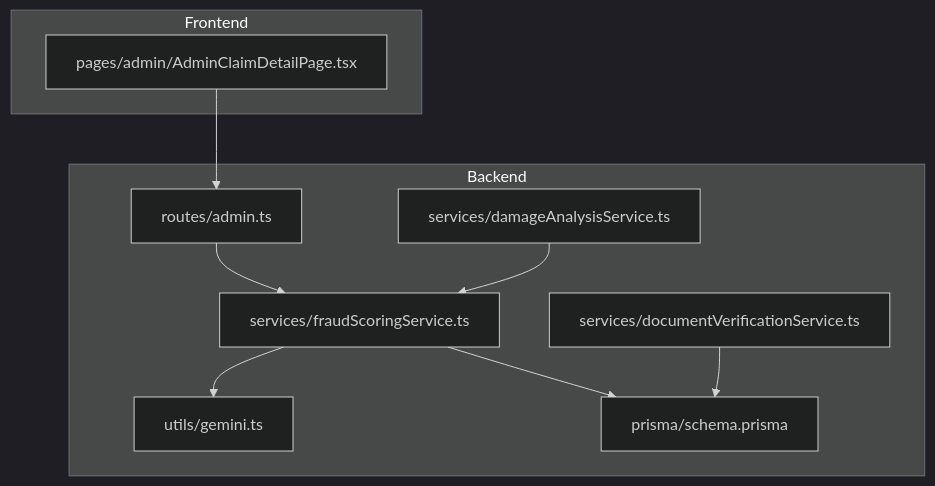
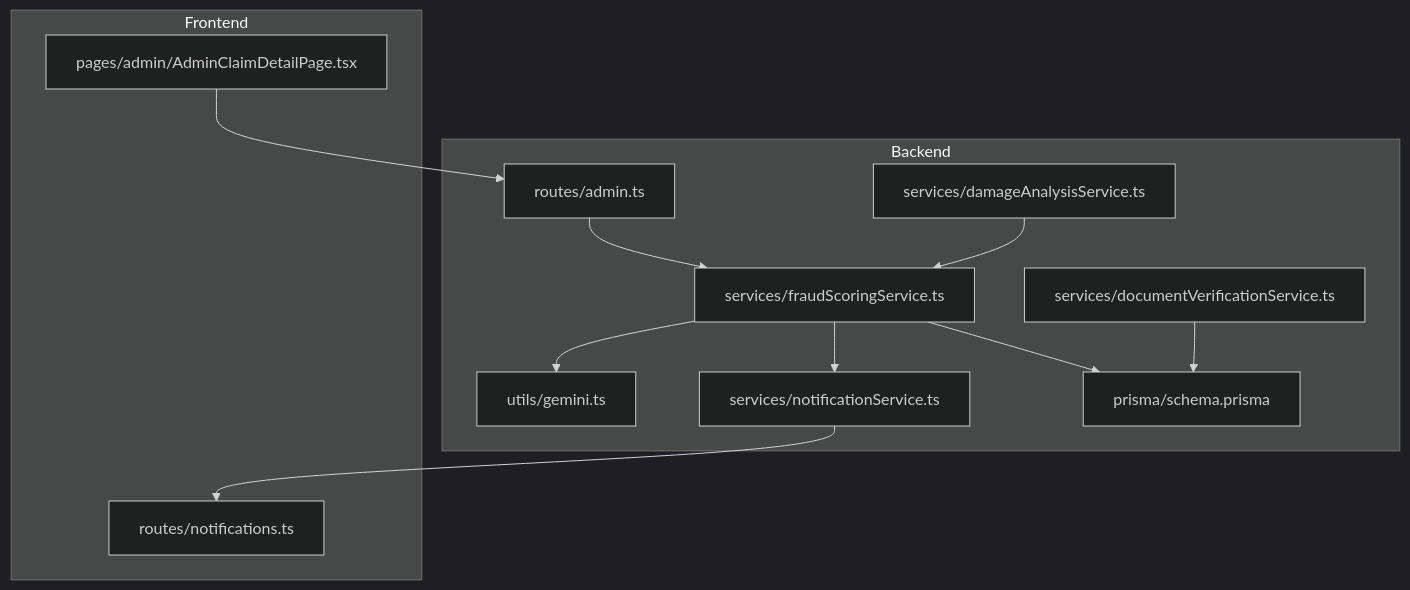
The first of 12 diagrams in .qoder/repowiki/en/content/Backend Documentation/Business Logic & Services/AI-Powered Fraud Scoring Engine.md (NaveenHiranya/Smart-Vehicle-Insurance-Claim-System), drawn with Mermaid (dark theme) before and after one commit. The commit also changed other lines of this file and 46 other files, not shown here.

````diff
--- a/.qoder/repowiki/en/content/Backend Documentation/Business Logic & Services/AI-Powered Fraud Scoring Engine.md
+++ b/.qoder/repowiki/en/content/Backend Documentation/Business Logic & Services/AI-Powered Fraud Scoring Engine.md
@@ -37,20 +49,24 @@
 ```mermaid
 graph TB
 subgraph "Backend"
 A["routes/admin.ts"]
 B["services/fraudScoringService.ts"]
 C["utils/gemini.ts"]
 D["services/damageAnalysisService.ts"]
 E["services/documentVerificationService.ts"]
-F["prisma/schema.prisma"]
+F["services/notificationService.ts"]
+G["prisma/schema.prisma"]
 end
 subgraph "Frontend"
-G["pages/admin/AdminClaimDetailPage.tsx"]
+H["pages/admin/AdminClaimDetailPage.tsx"]
+I["routes/notifications.ts"]
 end
-G --> A
+H --> A
 A --> B
 B --> C
 B --> F
+B --> G
 D --> B
-E --> F
+E --> G
+F --> I
 ```
````
